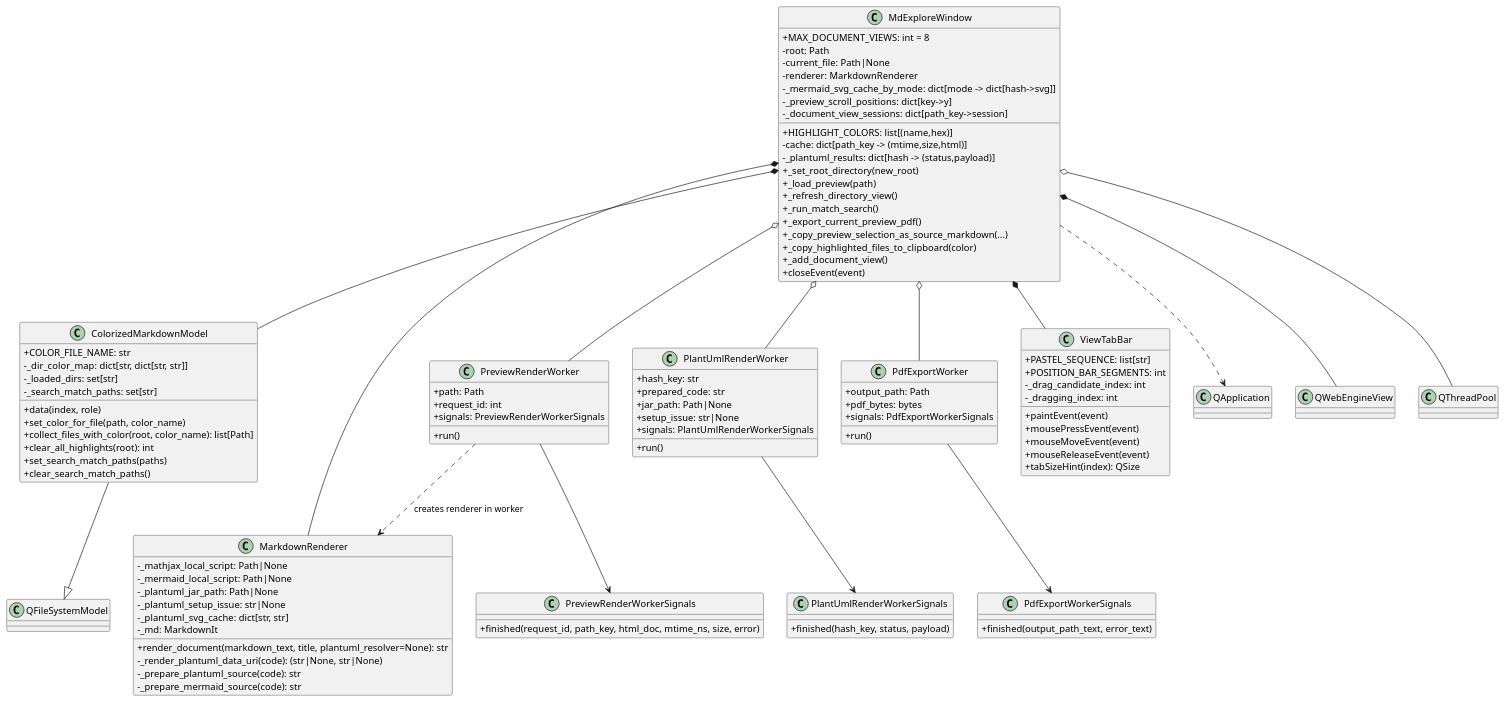
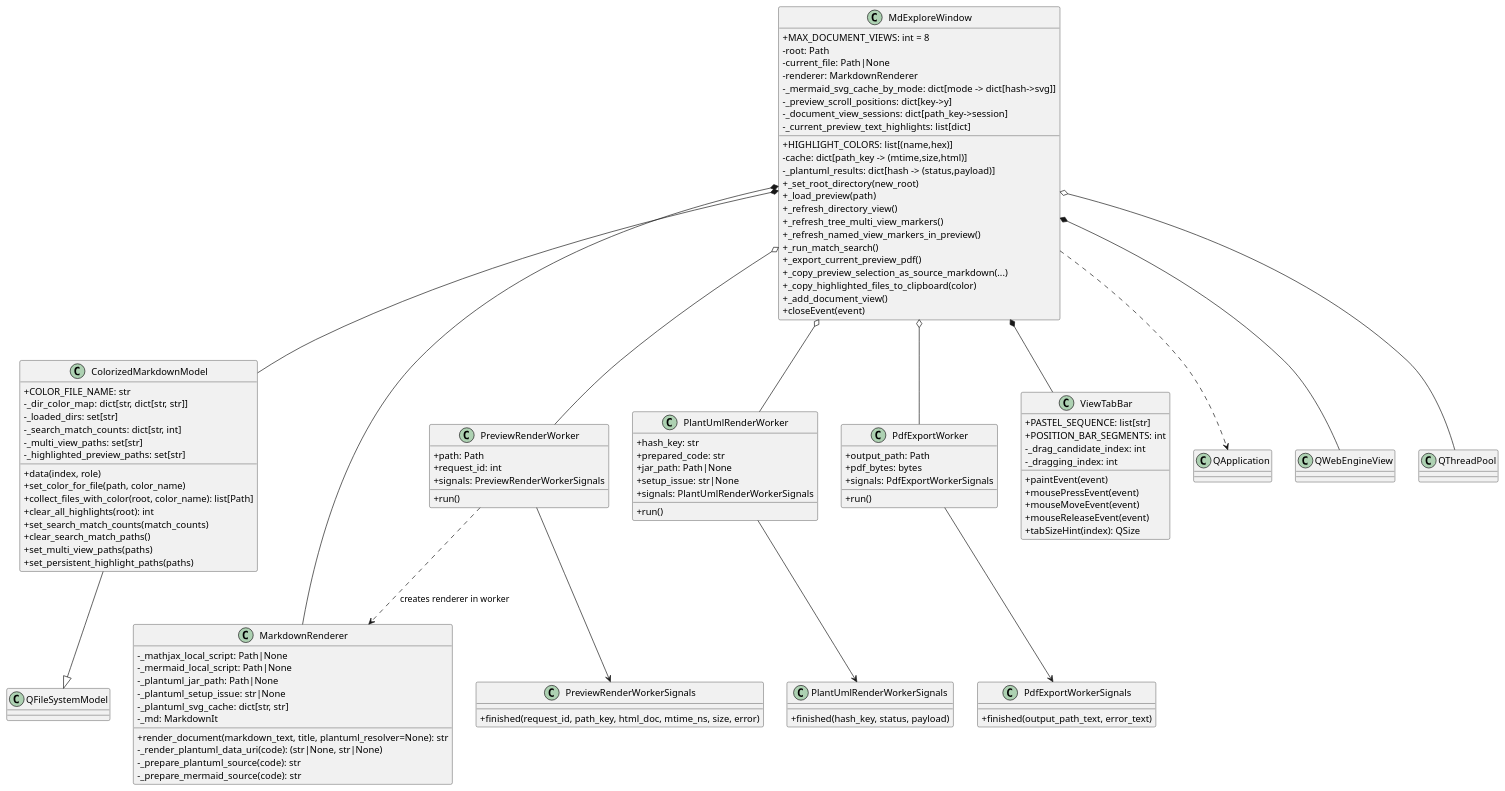
One commit to ngpepin/mdexplore changed the third of 9 diagrams in UML.md. Above: the diagram before and after it, drawn with PlantUML. The commit also changed other lines of this file and 10 other files, not shown here.

```diff
--- a/UML.md
+++ b/UML.md
@@ -133,13 +137,17 @@
   +COLOR_FILE_NAME: str
   -_dir_color_map: dict[str, dict[str, str]]
   -_loaded_dirs: set[str]
-  -_search_match_paths: set[str]
+  -_search_match_counts: dict[str, int]
+  -_multi_view_paths: set[str]
+  -_highlighted_preview_paths: set[str]
   +data(index, role)
   +set_color_for_file(path, color_name)
   +collect_files_with_color(root, color_name): list[Path]
   +clear_all_highlights(root): int
-  +set_search_match_paths(paths)
+  +set_search_match_counts(match_counts)
   +clear_search_match_paths()
+  +set_multi_view_paths(paths)
+  +set_persistent_highlight_paths(paths)
 }
 
 class MarkdownRenderer {
@@ -210,9 +218,12 @@
   -_mermaid_svg_cache_by_mode: dict[mode -> dict[hash->svg]]
   -_preview_scroll_positions: dict[key->y]
   -_document_view_sessions: dict[path_key->session]
+  -_current_preview_text_highlights: list[dict]
   +_set_root_directory(new_root)
   +_load_preview(path)
   +_refresh_directory_view()
+  +_refresh_tree_multi_view_markers()
+  +_refresh_named_view_markers_in_preview()
   +_run_match_search()
   +_export_current_preview_pdf()
   +_copy_preview_selection_as_source_markdown(...)
```
